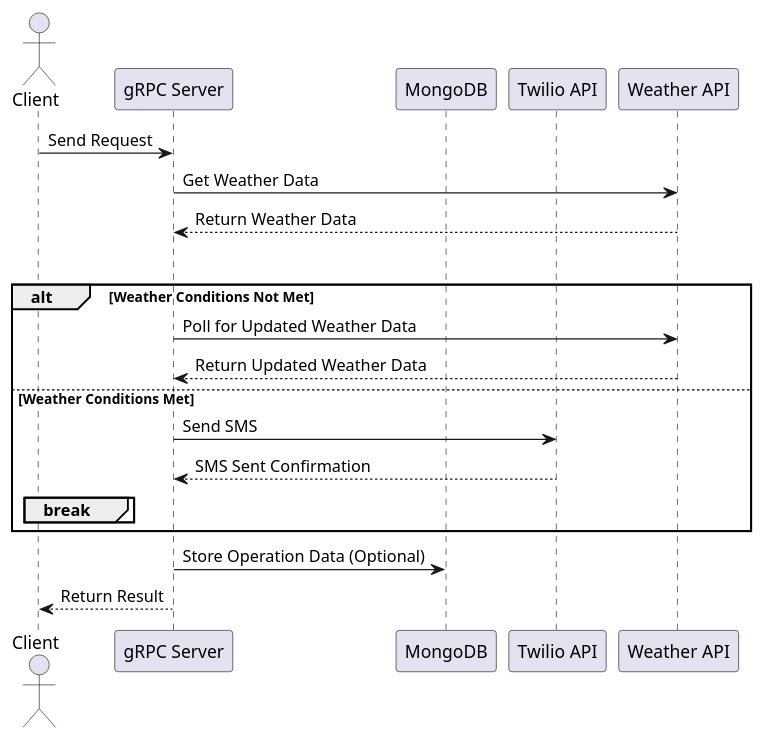
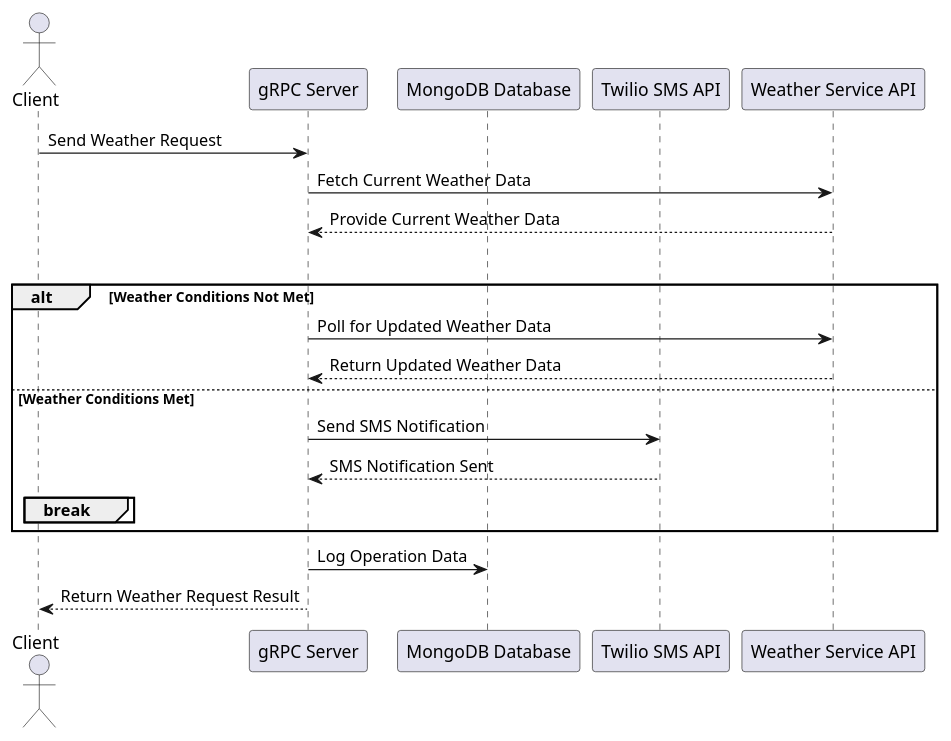
One commit to Andrea-Cavallo/go_grpc_temperature_monitoring changed the diagram in diagram.puml. Above: the diagram before and after it, drawn with PlantUML. The commit also changed 1 other file, not shown here.

```diff
--- a/diagram.puml
+++ b/diagram.puml
@@ -1,25 +1,25 @@
 @startuml
 actor Client as client
-participant "gRPC Server" as server
-participant "MongoDB" as mongodb
-participant "Twilio API" as twilio
-participant "Weather API" as weather
+participant "gRPC Server" as grpc_server
+participant "MongoDB Database" as mongodb_db
+participant "Twilio SMS API" as twilio_sms
+participant "Weather Service API" as weather_service
 
-client -> server: Send Request
-server -> weather: Get Weather Data
-weather --> server: Return Weather Data
+client -> grpc_server: Send Weather Request
+grpc_server -> weather_service: Fetch Current Weather Data
+weather_service --> grpc_server: Provide Current Weather Data
 
-loop Polling for Weather Conditions
+loop Polling for Weather Updates
 alt Weather Conditions Not Met
-server -> weather: Poll for Updated Weather Data
-weather --> server: Return Updated Weather Data
+grpc_server -> weather_service: Poll for Updated Weather Data
+weather_service --> grpc_server: Return Updated Weather Data
 else Weather Conditions Met
-server -> twilio: Send SMS
-twilio --> server: SMS Sent Confirmation
+grpc_server -> twilio_sms: Send SMS Notification
+twilio_sms --> grpc_server: SMS Notification Sent
 break
 end
 end
 
-server -> mongodb: Store Operation Data (Optional)
-server --> client: Return Result
+grpc_server -> mongodb_db: Log Operation Data
+grpc_server --> client: Return Weather Request Result
 @enduml
```
